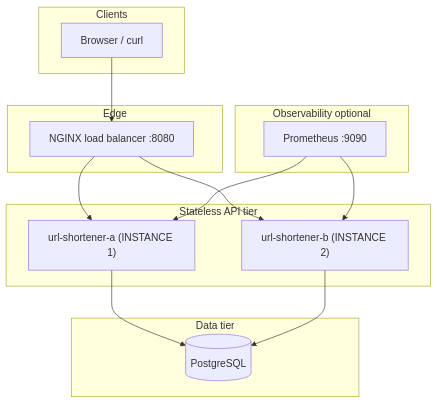
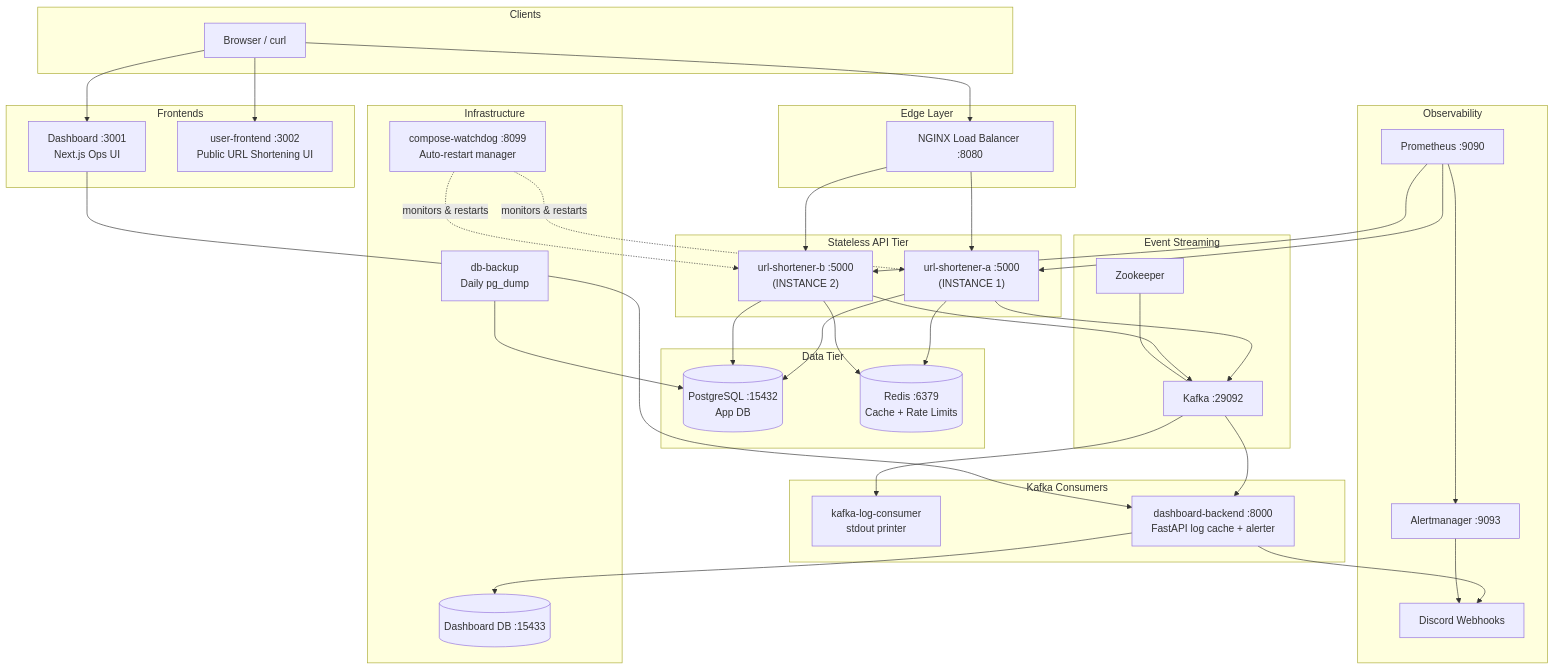
One commit to nathan-nw/PE-Hackathon-2026 changed the diagram in docs/ARCHITECTURE.md. Above: the diagram before and after it, drawn with Mermaid. The commit also changed 1 other file, not shown here.

Commit message:
chore: update architecture

````diff
--- a/docs/ARCHITECTURE.md
+++ b/docs/ARCHITECTURE.md
@@ -7,31 +7,72 @@
 ```mermaid
 flowchart TB
     subgraph clients [Clients]
         Browser[Browser / curl]
     end
 
-    subgraph edge [Edge]
-        LB[NGINX load balancer :8080]
+    subgraph edge [Edge Layer]
+        LB["NGINX Load Balancer :8080"]
     end
 
-    subgraph app [Stateless API tier]
-        A["url-shortener-a (INSTANCE 1)"]
-        B["url-shortener-b (INSTANCE 2)"]
+    subgraph app [Stateless API Tier]
+        A["url-shortener-a :5000<br/>(INSTANCE 1)"]
+        B["url-shortener-b :5000<br/>(INSTANCE 2)"]
     end
 
-    subgraph data [Data tier]
-        PG[(PostgreSQL)]
+    subgraph data [Data Tier]
+        PG[(PostgreSQL :15432<br/>App DB)]
+        Redis[(Redis :6379<br/>Cache + Rate Limits)]
     end
 
-    subgraph obs [Observability optional]
-        Prom[Prometheus :9090]
+    subgraph streaming [Event Streaming]
+        ZK[Zookeeper]
+        Kafka[Kafka :29092]
+    end
+
+    subgraph consumers [Kafka Consumers]
+        LogConsumer[kafka-log-consumer<br/>stdout printer]
+        DashBackend["dashboard-backend :8000<br/>FastAPI log cache + alerter"]
+    end
+
+    subgraph frontends [Frontends]
+        Dashboard["Dashboard :3001<br/>Next.js Ops UI"]
+        UserFE["user-frontend :3002<br/>Public URL Shortening UI"]
+    end
+
+    subgraph obs [Observability]
+        Prom["Prometheus :9090"]
+        AM["Alertmanager :9093"]
+        Discord[Discord Webhooks]
+    end
+
+    subgraph infra [Infrastructure]
+        DashDB[(Dashboard DB :15433)]
+        DBBackup[db-backup<br/>Daily pg_dump]
+        Watchdog["compose-watchdog :8099<br/>Auto-restart manager"]
     end
 
     Browser --> LB
+    Browser --> Dashboard
+    Browser --> UserFE
     LB --> A
     LB --> B
     A --> PG
     B --> PG
+    A --> Redis
+    B --> Redis
+    A --> Kafka
+    B --> Kafka
+    ZK --- Kafka
+    Kafka --> LogConsumer
+    Kafka --> DashBackend
+    DashBackend --> DashDB
+    DashBackend --> Discord
+    Dashboard --> DashBackend
     Prom --> A
     Prom --> B
+    Prom --> AM
+    AM --> Discord
+    DBBackup --> PG
+    Watchdog -.->|monitors & restarts| A
+    Watchdog -.->|monitors & restarts| B
 ```
````
